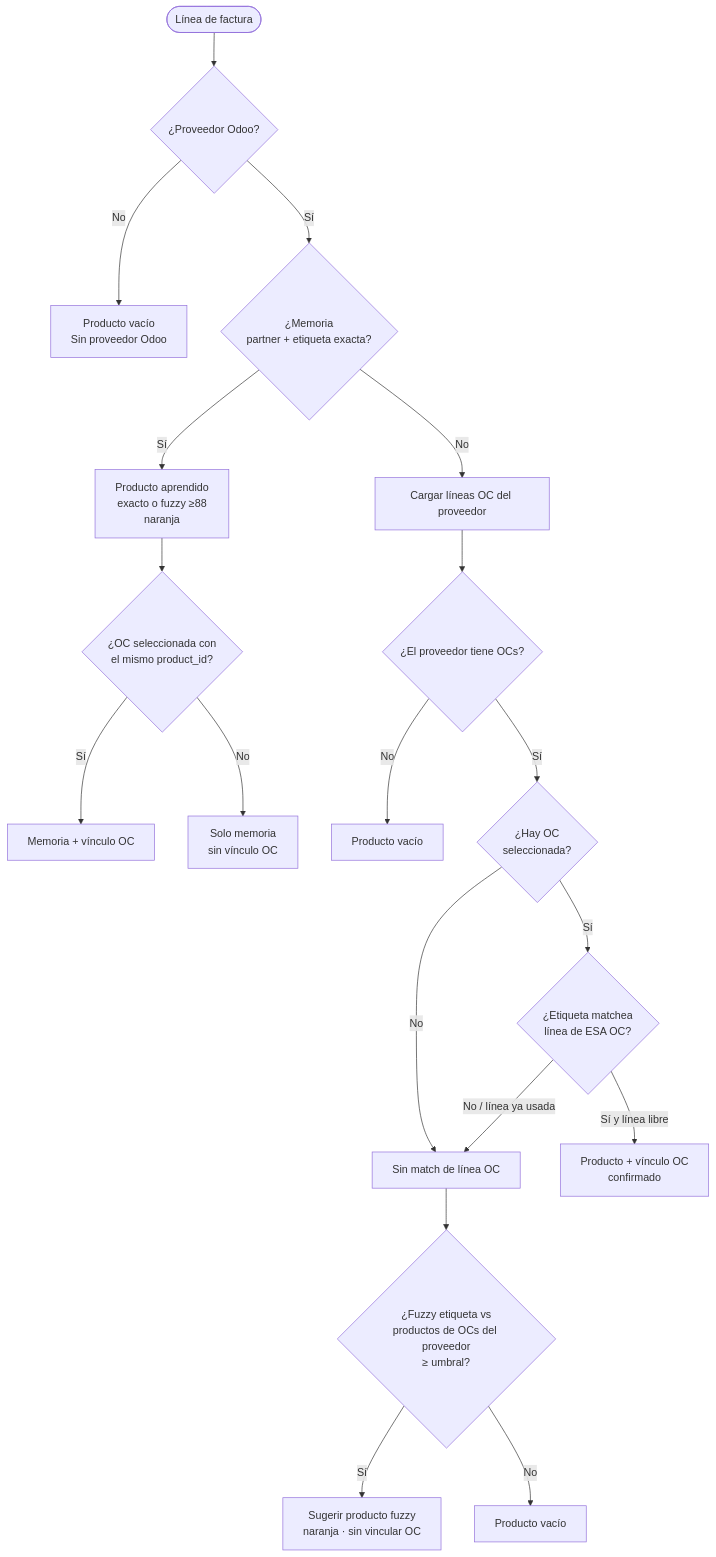
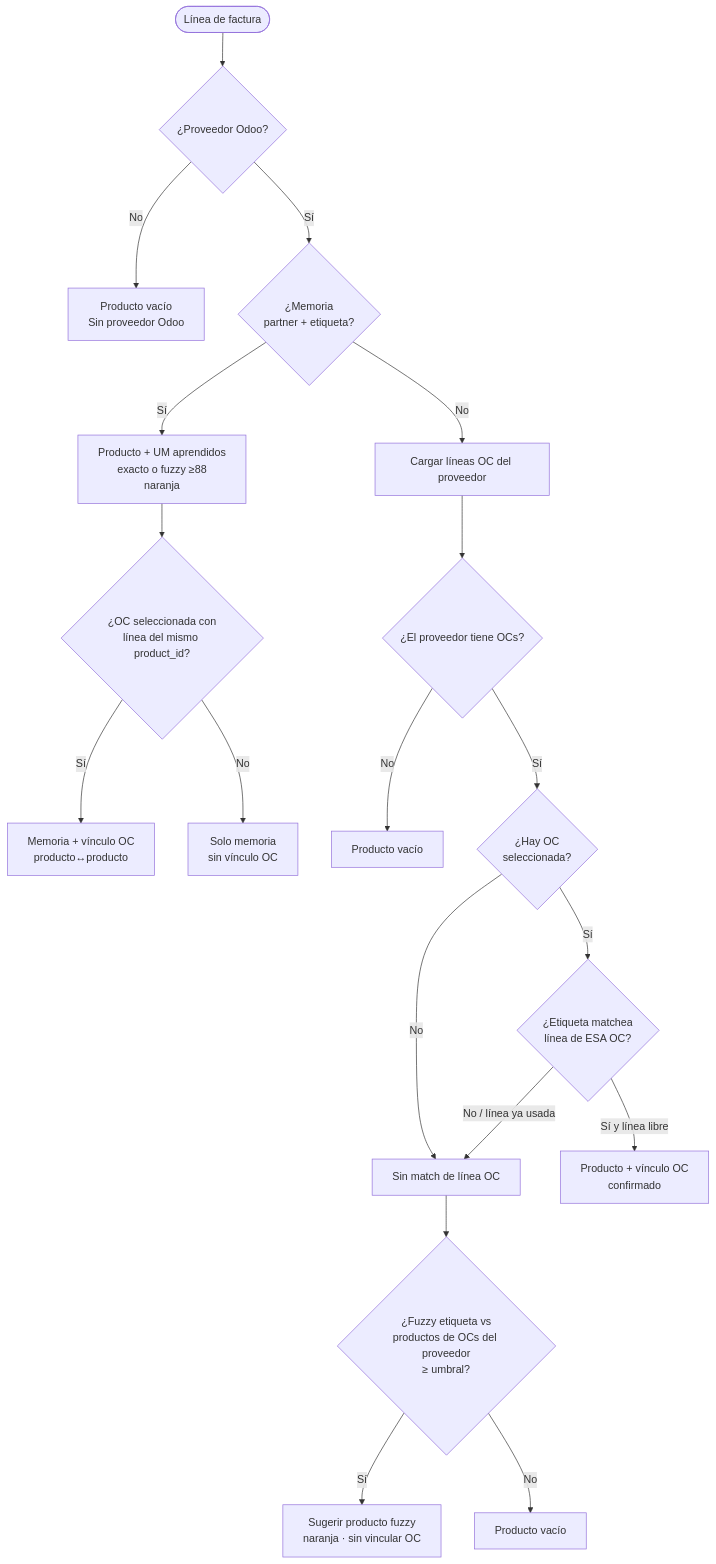
The second of 2 diagrams in docs/README.md (LezanaMauricioSebastian/facturias_matching), drawn with Mermaid before and after one commit. The commit also changed other lines of this file and 45 other files, not shown here.

````diff
--- a/docs/README.md
+++ b/docs/README.md
@@ -105,21 +105,21 @@
 ```mermaid
 flowchart TD
   start([Línea de factura]) --> hasPartner{¿Proveedor Odoo?}
   hasPartner -->|No| empty1[Producto vacío<br/>Sin proveedor Odoo]
-  hasPartner -->|Sí| mem{¿Memoria<br/>partner + etiqueta exacta?}
-  mem -->|Sí| sugMem[Producto aprendido<br/>exacto o fuzzy ≥88<br/>naranja]
-  sugMem --> sameOc{¿OC seleccionada con<br/>el mismo product_id?}
-  sameOc -->|Sí| memPlusOc[Memoria + vínculo OC]
-  sameOc -->|No| memOnly[Solo memoria<br/>sin vínculo OC]
+  hasPartner -->|Sí| mem{¿Memoria<br/>partner + etiqueta?}
+  mem -->|Sí| sugMem[Producto + UM aprendidos<br/>exacto o fuzzy ≥88<br/>naranja]
+  sugMem --> samePid{¿OC seleccionada con<br/>línea del mismo product_id?}
+  samePid -->|Sí| memPlusOc[Memoria + vínculo OC<br/>producto↔producto]
+  samePid -->|No| memOnly[Solo memoria<br/>sin vínculo OC]
   mem -->|No| fetchOC[Cargar líneas OC del proveedor]
   fetchOC --> hasOCs{¿El proveedor tiene OCs?}
   hasOCs -->|No| empty2[Producto vacío]
   hasOCs -->|Sí| hasSelOC{¿Hay OC<br/>seleccionada?}
   hasSelOC -->|Sí| matchOC{¿Etiqueta matchea<br/>línea de ESA OC?}
   hasSelOC -->|No| noOcMatch[Sin match de línea OC]
   matchOC -->|Sí y línea libre| linked[Producto + vínculo OC<br/>confirmado]
   matchOC -->|No / línea ya usada| noOcMatch
   noOcMatch --> fuzzy{¿Fuzzy etiqueta vs<br/>productos de OCs del proveedor<br/>≥ umbral?}
   fuzzy -->|Sí| sugFuzzy[Sugerir producto fuzzy<br/>naranja · sin vincular OC]
   fuzzy -->|No| empty3[Producto vacío]
 ```
````
